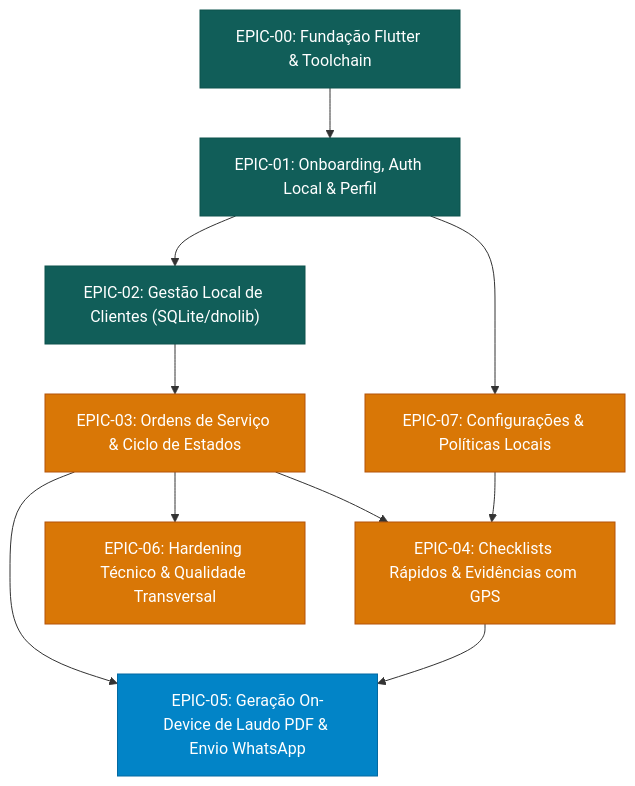
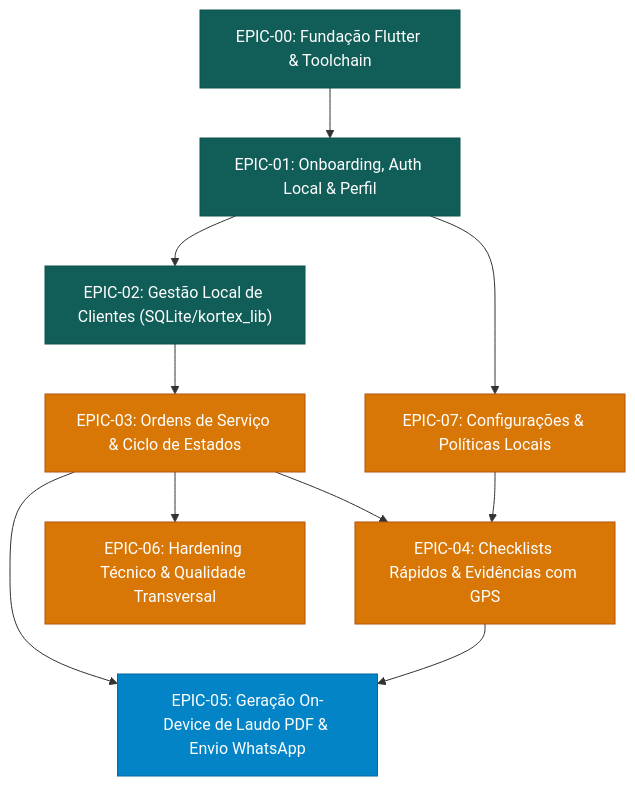
Before and after one commit to DenersonNobre/ServiceTrack: the diagram in docs/plan/README.md, drawn with Mermaid. The commit also changed other lines of this file and 25 other files, not shown here.

First line of the commit message:
chore(deps): remove dnolib e conclui Fase B (kortex_lib)

````diff
--- a/docs/plan/README.md
+++ b/docs/plan/README.md
@@ -28,26 +28,26 @@
 ```mermaid
 graph TD
     classDef foundation fill:#115E59,stroke:#0D524D,color:#fff;
     classDef core fill:#0284C7,stroke:#0369A1,color:#fff;
     classDef ready fill:#D97706,stroke:#B45309,color:#fff;
     classDef blocked fill:#F4F4F5,stroke:#D4D4D8,color:#71717A;
 
     EPIC00["EPIC-00: Fundação Flutter & Toolchain"]:::foundation
     EPIC01["EPIC-01: Onboarding, Auth Local & Perfil"]:::foundation
-    EPIC02["EPIC-02: Gestão Local de Clientes (SQLite/dnolib)"]:::foundation
+    EPIC02["EPIC-02: Gestão Local de Clientes (SQLite/kortex_lib)"]:::foundation
     EPIC03["EPIC-03: Ordens de Serviço & Ciclo de Estados"]:::ready
     EPIC04["EPIC-04: Checklists Rápidos & Evidências com GPS"]:::ready
     EPIC05["EPIC-05: Geração On-Device de Laudo PDF & Envio WhatsApp"]:::core
     EPIC06["EPIC-06: Hardening Técnico & Qualidade Transversal"]:::ready
     EPIC07["EPIC-07: Configurações & Políticas Locais"]:::ready
 
     EPIC00 --> EPIC01
     EPIC01 --> EPIC02
     EPIC02 --> EPIC03
     EPIC03 --> EPIC04
     EPIC03 --> EPIC05
     EPIC04 --> EPIC05
     EPIC03 --> EPIC06
     EPIC01 --> EPIC07
     EPIC07 --> EPIC04
 ```
````
